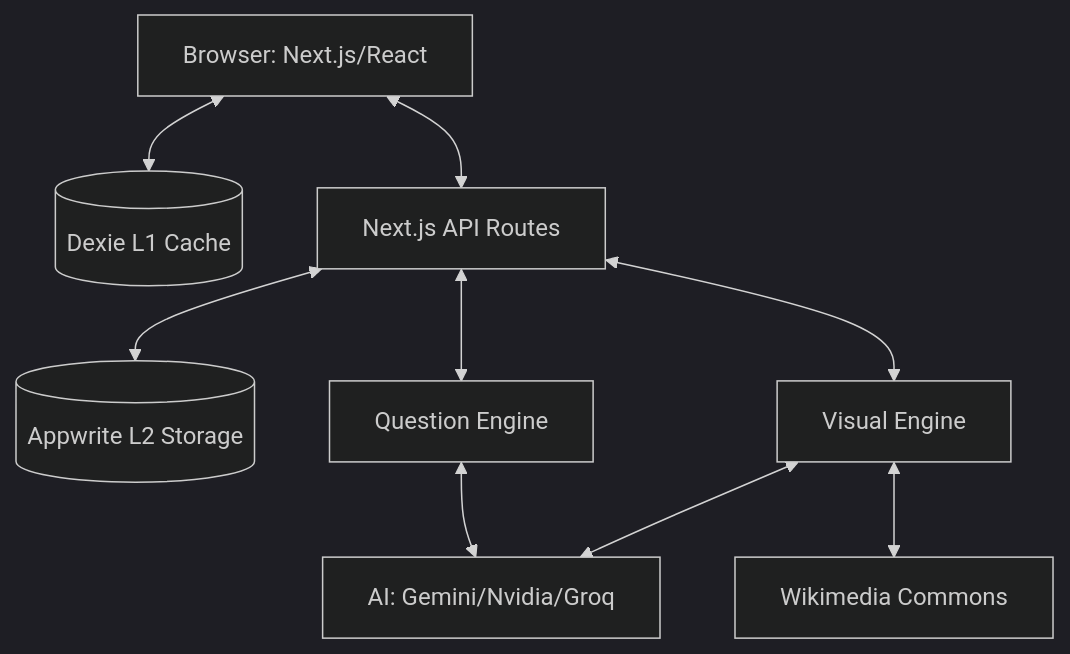
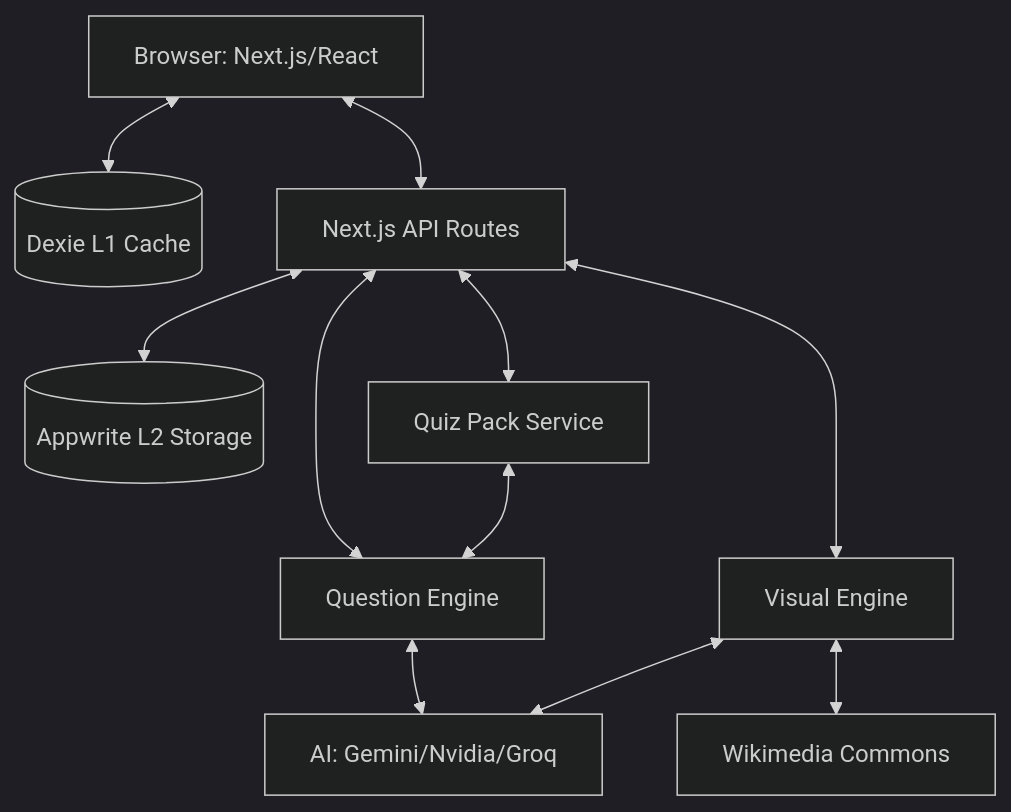
Before and after one commit to thembaxx/lumni: the diagram in .context/system-design.md, drawn with Mermaid (dark theme). The commit also changed other lines of this file and 6 other files, not shown here.

````diff
--- a/.context/system-design.md
+++ b/.context/system-design.md
@@ -8,20 +8,23 @@
 ```mermaid
 graph TD
     Client[Browser: Next.js/React]
     Dexie[(Dexie L1 Cache)]
     Appwrite[(Appwrite L2 Storage)]
     API[Next.js API Routes]
     Engine[Question Engine]
     Visual[Visual Engine]
+    Pack[Quiz Pack Service]
     AI[AI: Gemini/Nvidia/Groq]
     Wiki[Wikimedia Commons]
 
     Client <--> Dexie
     Client <--> API
     API <--> Appwrite
     API <--> Engine
     API <--> Visual
+    API <--> Pack
     Engine <--> AI
     Visual <--> AI
     Visual <--> Wiki
+    Pack <--> Engine
 ```
````
